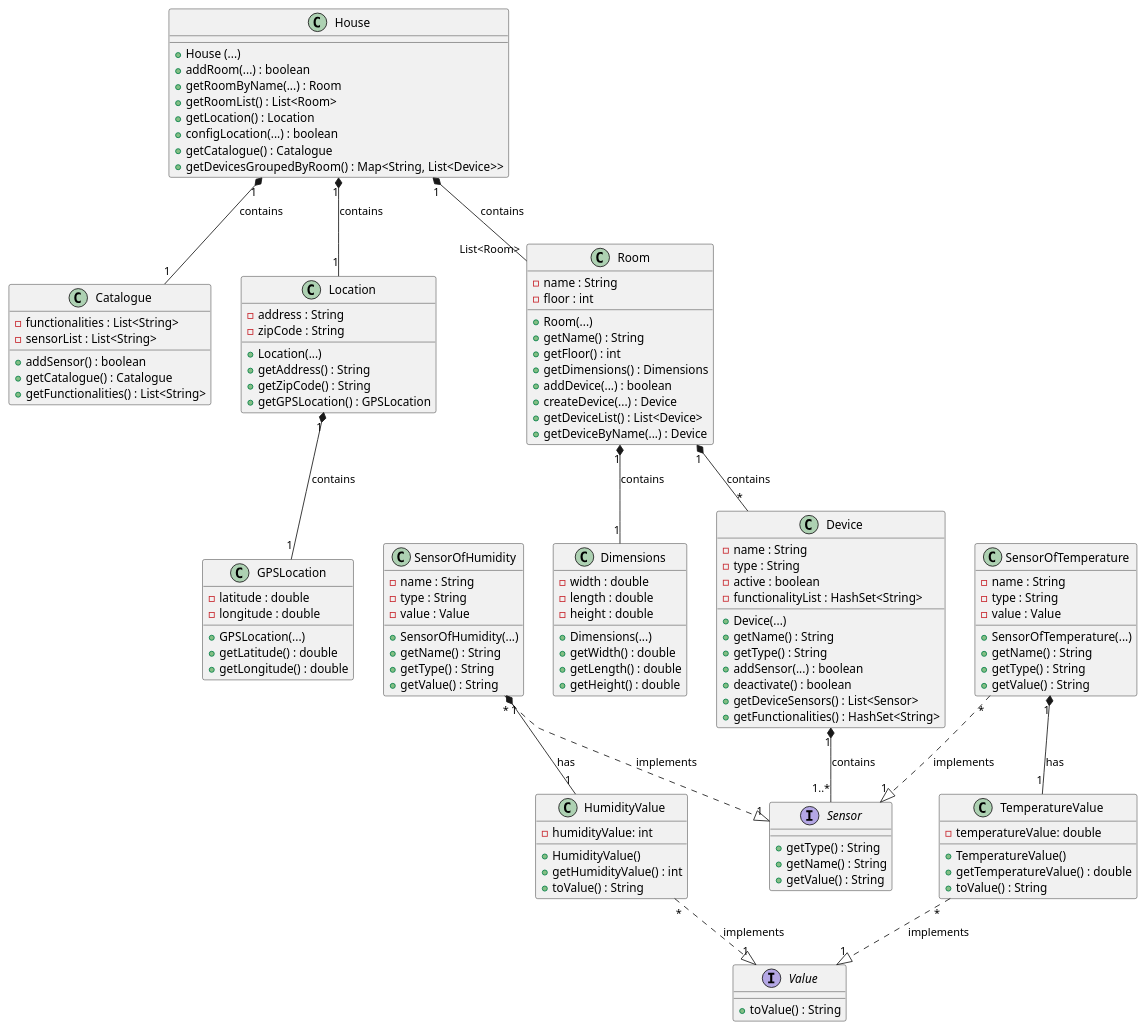
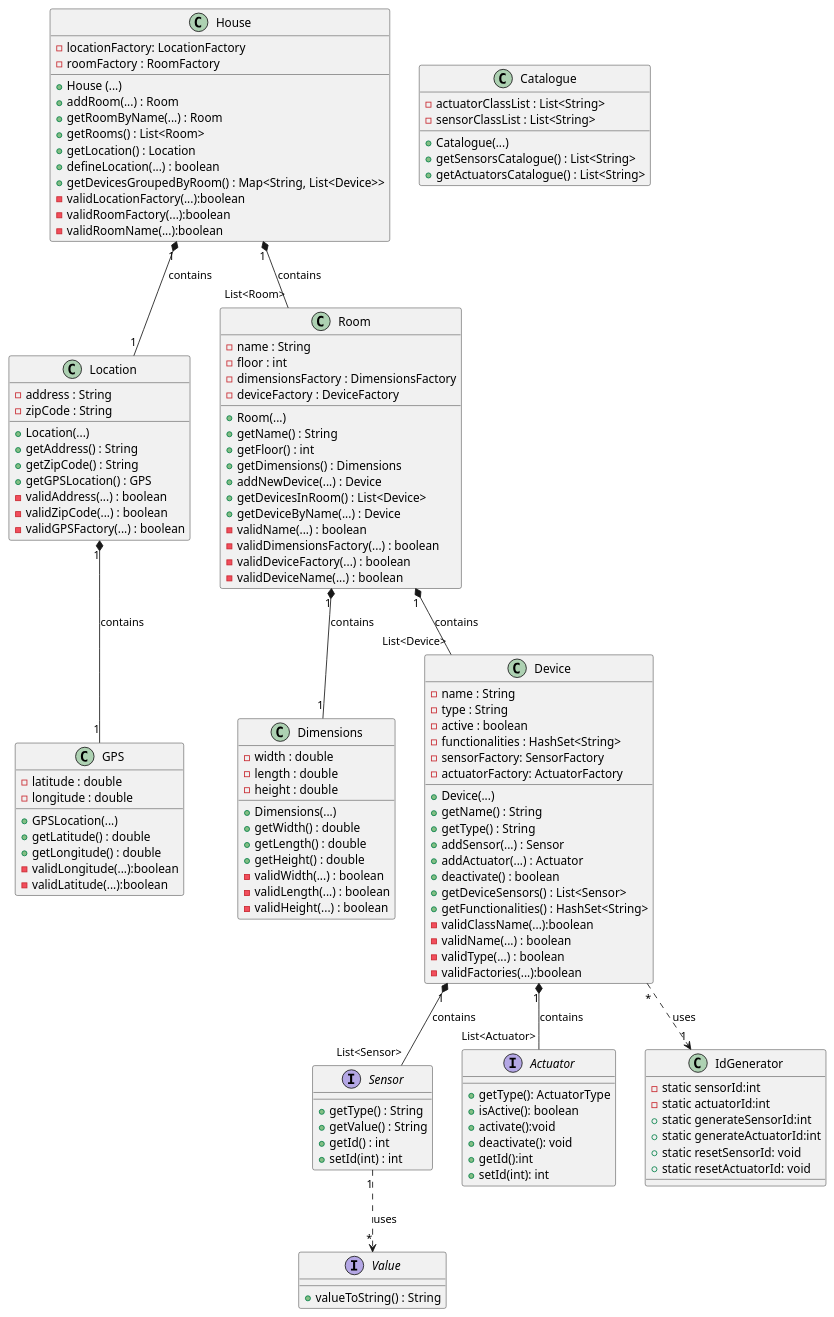
Before and after one commit to ozepedrorodrigues/projetoIntermedio: the diagram in projetoIntermedio/docs/class/domain/classDiagramBase.puml, drawn with PlantUML. The commit also changed 20 other files, not shown here.

Commit message:
diagram update (general class diagram to be updated, sequence diagrams to be reviewed and UC class diagrams to be updated)

```diff
--- a/projetoIntermedio/docs/class/domain/classDiagramBase.puml
+++ b/projetoIntermedio/docs/class/domain/classDiagramBase.puml
@@ -1,151 +1,145 @@
 @startuml
 
 class House {
+  - locationFactory: LocationFactory
+  - roomFactory : RoomFactory
   + House (...)
-  + addRoom(...) : boolean
+  + addRoom(...) : Room
   + getRoomByName(...) : Room
-  + getRoomList() : List<Room>
+  + getRooms() : List<Room>
   + getLocation() : Location
-  + configLocation(...) : boolean
-  + getCatalogue() : Catalogue
+  + defineLocation(...) : boolean
   + getDevicesGroupedByRoom() : Map<String, List<Device>>
+  -validLocationFactory(...):boolean
+  -validRoomFactory(...):boolean
+  -validRoomName(...):boolean
 }
 
 class Catalogue {
-  - functionalities : List<String>
-  - sensorList : List<String>
-
-  + addSensor() : boolean
-  + getCatalogue() : Catalogue
-  + getFunctionalities() : List<String>
+  - actuatorClassList : List<String>
+  - sensorClassList : List<String>
+  +Catalogue(...)
+  + getSensorsCatalogue() : List<String>
+  + getActuatorsCatalogue() : List<String>
 }
 
 class Location {
   - address : String
   - zipCode : String
 
   + Location(...)
   + getAddress() : String
   + getZipCode() : String
-  + getGPSLocation() : GPSLocation
+  + getGPSLocation() : GPS
+  -validAddress(...) : boolean
+  -validZipCode(...) : boolean
+  -validGPSFactory(...) : boolean
 }
 
-class GPSLocation {
+class GPS {
   - latitude : double
   - longitude : double
-
   + GPSLocation(...)
   + getLatitude() : double
   + getLongitude() : double
+  -validLongitude(...):boolean
+  -validLatitude(...):boolean
 }
 
 class Room {
   - name : String
   - floor : int
-
+  - dimensionsFactory : DimensionsFactory
+  - deviceFactory : DeviceFactory
   + Room(...)
   + getName() : String
   + getFloor() : int
   + getDimensions() : Dimensions
-  + addDevice(...) : boolean
-  + createDevice(...) : Device
-  + getDeviceList() : List<Device>
+  + addNewDevice(...) : Device
+  + getDevicesInRoom() : List<Device>
   + getDeviceByName(...) : Device
+  -validName(...) : boolean
+  -validDimensionsFactory(...) : boolean
+  -validDeviceFactory(...) : boolean
+  -validDeviceName(...) : boolean
 }
 
 class Dimensions {
   - width : double
   - length : double
   - height : double
 
   + Dimensions(...)
   + getWidth() : double
   + getLength() : double
   + getHeight() : double
+  -validWidth(...) : boolean
+  -validLength(...) : boolean
+  -validHeight(...) : boolean
 }
 
 class Device {
   - name : String
   - type : String
   - active : boolean
-  - functionalityList : HashSet<String>
-
+  - functionalities : HashSet<String>
+  - sensorFactory: SensorFactory
+  - actuatorFactory: ActuatorFactory
   + Device(...)
   + getName() : String
   + getType() : String
-  + addSensor(...) : boolean
+  + addSensor(...) : Sensor
+  + addActuator(...) : Actuator
   + deactivate() : boolean
   + getDeviceSensors() : List<Sensor>
   + getFunctionalities() : HashSet<String>
+  -validClassName(...):boolean
+  -validName(...) : boolean
+  -validType(...) : boolean
+  -validFactories(...):boolean
 }
 
 interface Sensor {
-
   + getType() : String
-  + getName() : String
   + getValue() : String
+  + getId() : int
+  + setId(int) : int
 }
 
-class SensorOfHumidity {
-  - name : String
-  - type : String
-  - value : Value
-
-  + SensorOfHumidity(...)
-  + getName() : String
-  + getType() : String
-  + getValue() : String
+interface Actuator{
+    +getType(): ActuatorType
+    +isActive(): boolean
+    +activate():void
+    +deactivate(): void
+    +getId():int
+    +setId(int): int
 }
 
-class SensorOfTemperature {
-  - name : String
-  - type : String
-  - value : Value
 
-  + SensorOfTemperature(...)
-  + getName() : String
-  + getType() : String
-  + getValue() : String
+interface Value {
+  + valueToString() : String
 }
 
-class HumidityValue {
-  - humidityValue: int
-
-  + HumidityValue()
-  + getHumidityValue() : int
-  + toValue() : String
+class IdGenerator{
+- static sensorId:int
+- static actuatorId:int
++ static generateSensorId:int
++ static generateActuatorId:int
++ static resetSensorId: void
++ static resetActuatorId: void
 }
 
-class TemperatureValue {
-  - temperatureValue: double
-
-  + TemperatureValue()
-  + getTemperatureValue() : double
-  + toValue() : String
-}
-
-interface Value {
-  + toValue() : String
-}
-
-House "1" *-- "1" Catalogue : contains
 House "1" *-- "1" Location : contains
 House "1" *-- "List<Room>" Room : contains
 
-Location "1" *-- "1" GPSLocation : contains
+Location "1" *-- "1" GPS : contains
 
-Room "1" *-- "*" Device : contains
+Room "1" *-- "List<Device>" Device : contains
 Room "1" *-- "1" Dimensions : contains
 
-Device "1" *-- "1..*" Sensor :  contains
-
-SensorOfHumidity "*" ..|> "1" Sensor : implements
-SensorOfTemperature "*" ..|> "1" Sensor : implements
-
-TemperatureValue "*" ..|> "1" Value : implements
-HumidityValue "*" ..|> "1" Value : implements
-
-SensorOfHumidity "1" *-- "1" HumidityValue : has
-SensorOfTemperature "1" *-- "1" TemperatureValue : has
+Device "1" *-- "List<Sensor>" Sensor :  contains
+Device "1" *-- "List<Actuator>" Actuator :  contains
+Device "*" ..> "1" IdGenerator : uses
+Sensor "1" ..> "*" Value : uses
 
 @enduml
```
